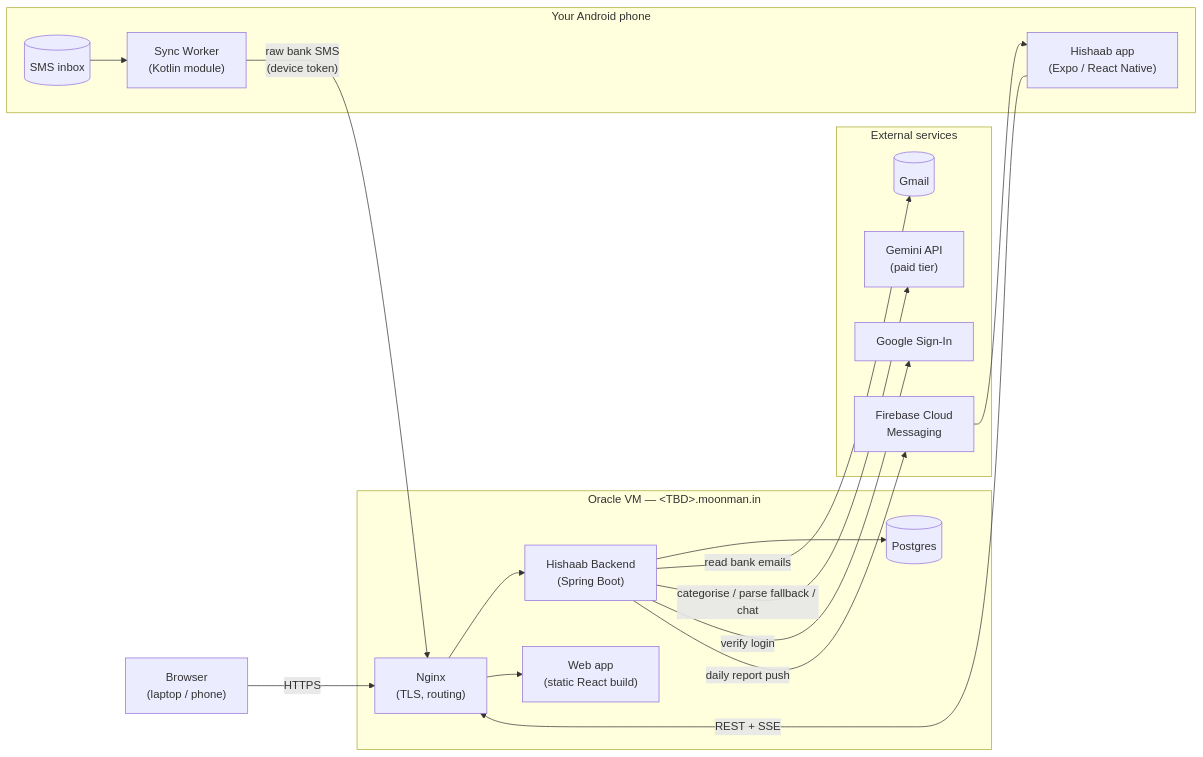
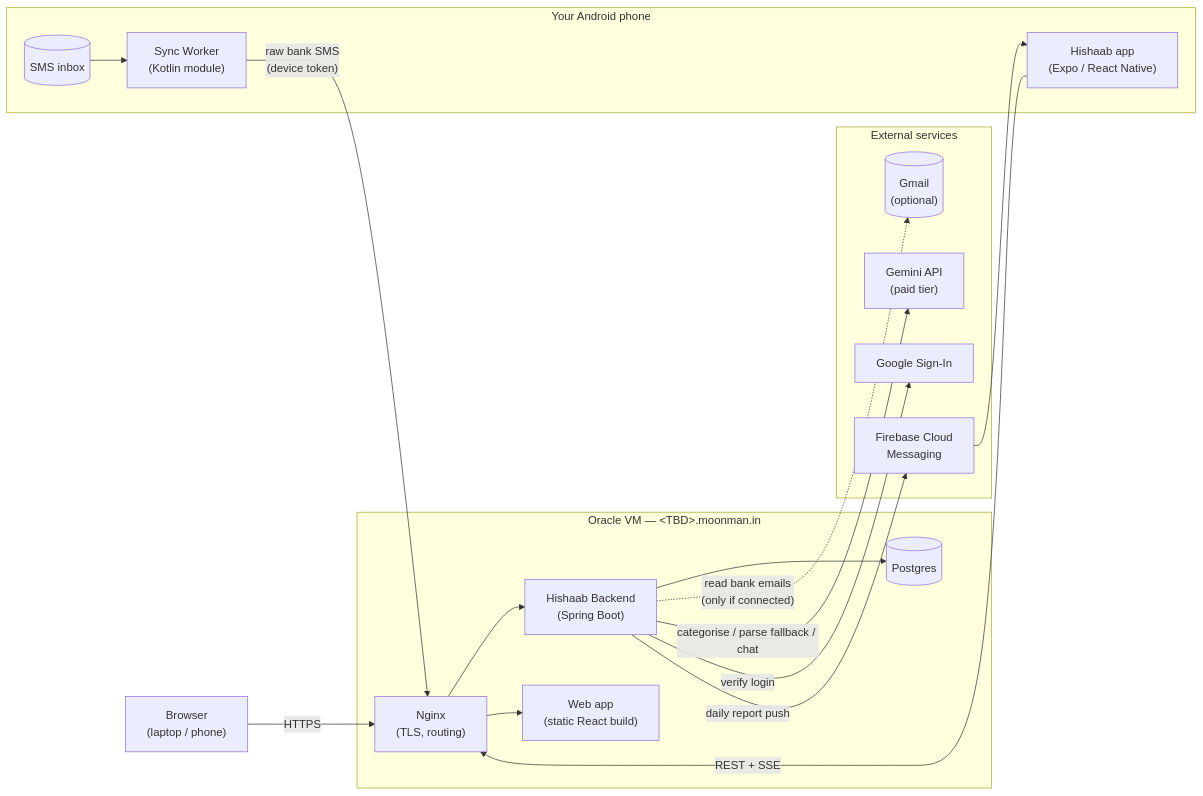
The diagram in docs/Hishaab-ai-diagrams/diagrams/01-system-context.mmd (moonman369/hishaab), drawn with Mermaid before and after one commit. The commit also changed 34 other files, not shown here.

First line of the commit message:
UPDATE HLD AND DIAGRAMS FOR OPTIONAL EMAIL CONNECTIVITY

```diff
--- a/docs/Hishaab-ai-diagrams/diagrams/01-system-context.mmd
+++ b/docs/Hishaab-ai-diagrams/diagrams/01-system-context.mmd
@@ -1,35 +1,35 @@
 flowchart LR
     subgraph Phone["Your Android phone"]
         SMS[("SMS inbox")]
         Worker["Sync Worker<br/>(Kotlin module)"]
         App["Hishaab app<br/>(Expo / React Native)"]
         SMS --> Worker
     end
 
     subgraph Cloud["External services"]
-        Gmail[("Gmail")]
+        Gmail[("Gmail<br/>(optional)")]
         Gemini["Gemini API<br/>(paid tier)"]
         GAuth["Google Sign-In"]
         FCM["Firebase Cloud<br/>Messaging"]
     end
 
     subgraph VM["Oracle VM — &lt;TBD&gt;.moonman.in"]
         Nginx["Nginx<br/>(TLS, routing)"]
         API["Hishaab Backend<br/>(Spring Boot)"]
         DB[("Postgres")]
         Web["Web app<br/>(static React build)"]
         Nginx --> API
         Nginx --> Web
         API --> DB
     end
 
     Browser["Browser<br/>(laptop / phone)"]
 
     Worker -- "raw bank SMS<br/>(device token)" --> Nginx
     App -- "REST + SSE" --> Nginx
     Browser -- "HTTPS" --> Nginx
-    API -- "read bank emails" --> Gmail
+    API -.->|"read bank emails<br/>(only if connected)"| Gmail
     API -- "categorise / parse fallback / chat" --> Gemini
     API -- "verify login" --> GAuth
     API -- "daily report push" --> FCM
     FCM --> App
```
